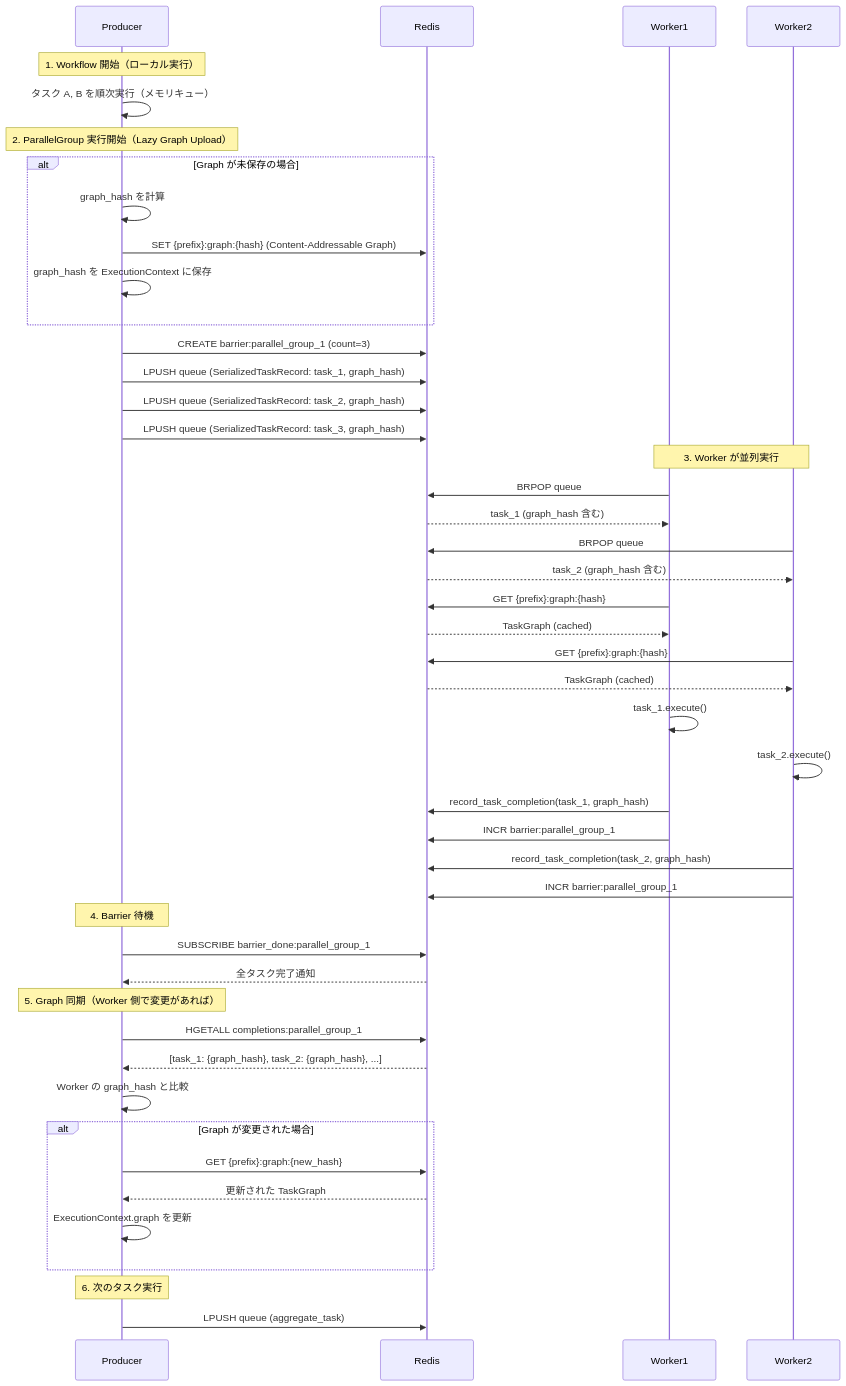
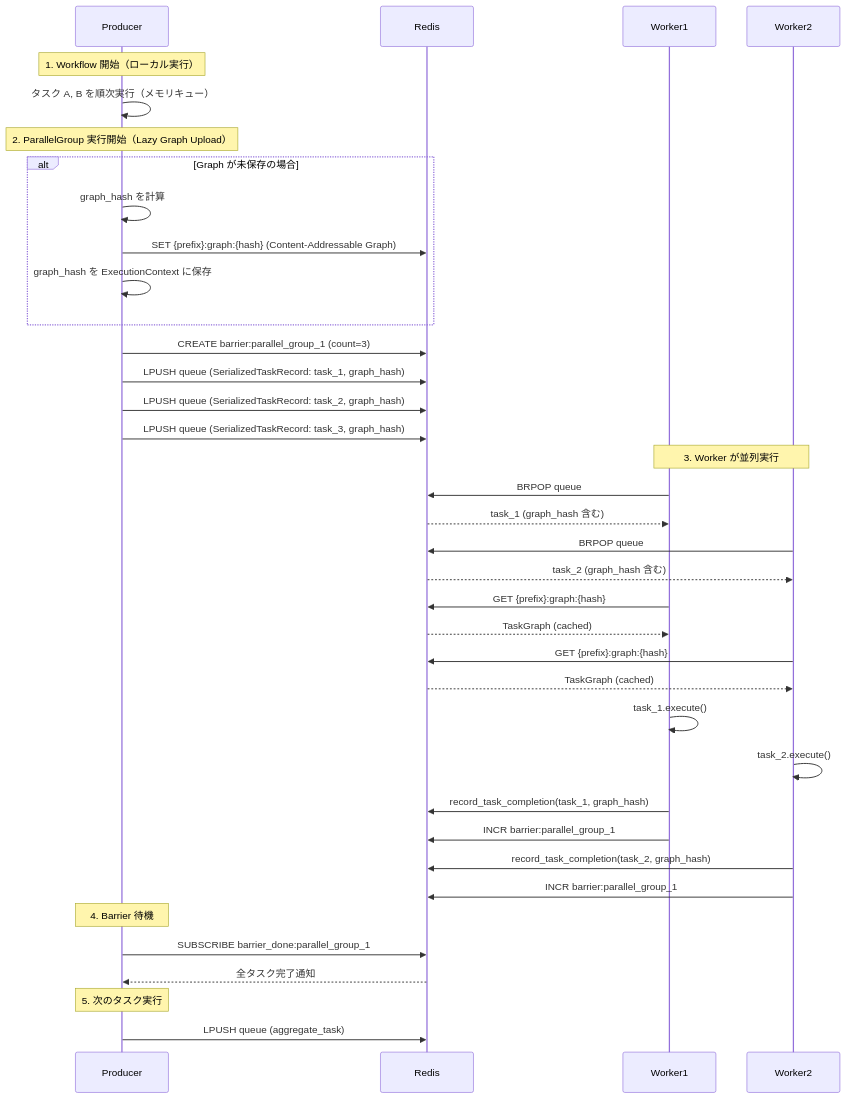
The diagram in docs/redis_distributed_execution_redesign.md (GraflowAI/graflow), drawn with Mermaid before and after one commit. The commit also changed other lines of this file and 67 other files, not shown here.

First line of the commit message:
Redesigning distributed task execution (#8)

````diff
--- a/docs/redis_distributed_execution_redesign.md
+++ b/docs/redis_distributed_execution_redesign.md
@@ -62,57 +62,47 @@
 ```mermaid
 sequenceDiagram
     participant Producer
     participant Redis
     participant Worker1
     participant Worker2
 
     Note over Producer: 1. Workflow 開始（ローカル実行）
     Producer->>Producer: タスク A, B を順次実行（メモリキュー）
 
     Note over Producer: 2. ParallelGroup 実行開始（Lazy Graph Upload）
     alt Graph が未保存の場合
         Producer->>Producer: graph_hash を計算
         Producer->>Redis: SET {prefix}:graph:{hash} (Content-Addressable Graph)
         Producer->>Producer: graph_hash を ExecutionContext に保存
     end
     Producer->>Redis: CREATE barrier:parallel_group_1 (count=3)
     Producer->>Redis: LPUSH queue (SerializedTaskRecord: task_1, graph_hash)
     Producer->>Redis: LPUSH queue (SerializedTaskRecord: task_2, graph_hash)
     Producer->>Redis: LPUSH queue (SerializedTaskRecord: task_3, graph_hash)
 
     Note over Worker1,Worker2: 3. Worker が並列実行
     Worker1->>Redis: BRPOP queue
     Redis-->>Worker1: task_1 (graph_hash 含む)
     Worker2->>Redis: BRPOP queue
     Redis-->>Worker2: task_2 (graph_hash 含む)
 
     Worker1->>Redis: GET {prefix}:graph:{hash}
     Redis-->>Worker1: TaskGraph (cached)
     Worker2->>Redis: GET {prefix}:graph:{hash}
     Redis-->>Worker2: TaskGraph (cached)
 
     Worker1->>Worker1: task_1.execute()
     Worker2->>Worker2: task_2.execute()
 
     Worker1->>Redis: record_task_completion(task_1, graph_hash)
     Worker1->>Redis: INCR barrier:parallel_group_1
     Worker2->>Redis: record_task_completion(task_2, graph_hash)
     Worker2->>Redis: INCR barrier:parallel_group_1
 
     Note over Producer: 4. Barrier 待機
     Producer->>Redis: SUBSCRIBE barrier_done:parallel_group_1
     Redis-->>Producer: 全タスク完了通知
 
-    Note over Producer: 5. Graph 同期（Worker 側で変更があれば）
-    Producer->>Redis: HGETALL completions:parallel_group_1
-    Redis-->>Producer: [task_1: {graph_hash}, task_2: {graph_hash}, ...]
-    Producer->>Producer: Worker の graph_hash と比較
-    alt Graph が変更された場合
-        Producer->>Redis: GET {prefix}:graph:{new_hash}
-        Redis-->>Producer: 更新された TaskGraph
-        Producer->>Producer: ExecutionContext.graph を更新
-    end
-
-    Note over Producer: 6. 次のタスク実行
+    Note over Producer: 5. 次のタスク実行
     Producer->>Redis: LPUSH queue (aggregate_task)
 ```
````
